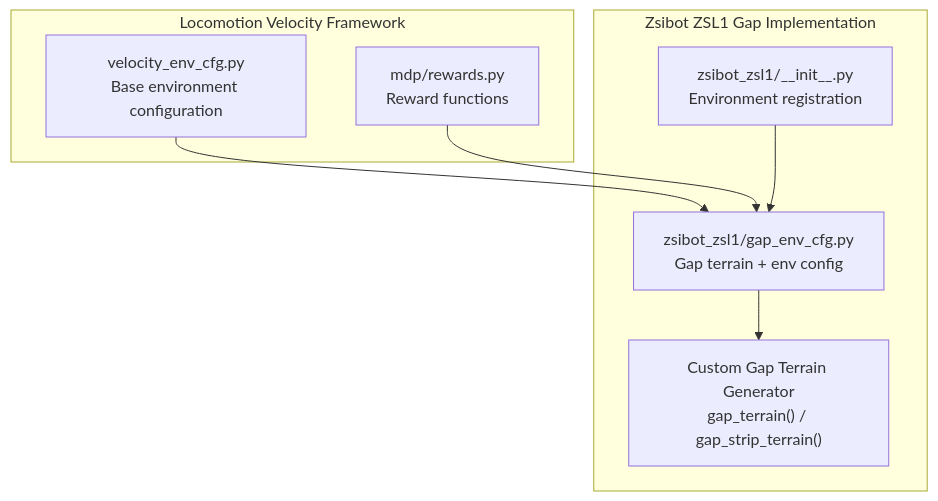
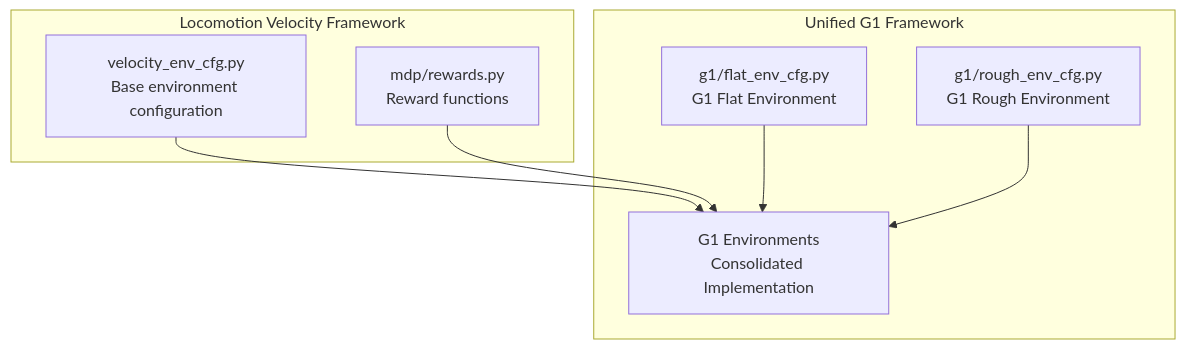
The first of 6 diagrams in .qoder/repowiki/en/content/Task Configuration Framework/Velocity-Based Locomotion Tasks/Gap Traversal Capabilities.md (jayjayhust/robot_lab), drawn with Mermaid before and after one commit. The commit also changed other lines of this file and 14 other files, not shown here.

````diff
--- a/.qoder/repowiki/en/content/Task Configuration Framework/Velocity-Based Locomotion Tasks/Gap Traversal Capabilities.md
+++ b/.qoder/repowiki/en/content/Task Configuration Framework/Velocity-Based Locomotion Tasks/Gap Traversal Capabilities.md
@@ -35,16 +46,16 @@
 ```mermaid
 graph TB
 subgraph "Locomotion Velocity Framework"
 VE_CFG["velocity_env_cfg.py<br/>Base environment configuration"]
 MDP_REWARDS["mdp/rewards.py<br/>Reward functions"]
 end
-subgraph "Zsibot ZSL1 Gap Implementation"
-ZS_INIT["zsibot_zsl1/__init__.py<br/>Environment registration"]
-ZS_GAP_CFG["zsibot_zsl1/gap_env_cfg.py<br/>Gap terrain + env config"]
-GAP_TERRAIN["Custom Gap Terrain Generator<br/>gap_terrain() / gap_strip_terrain()"]
+subgraph "Unified G1 Framework"
+G1_FLAT["g1/flat_env_cfg.py<br/>G1 Flat Environment"]
+G1_ROUGH["g1/rough_env_cfg.py<br/>G1 Rough Environment"]
+G1_ENVIRONMENTS["G1 Environments<br/>Consolidated Implementation"]
 end
-VE_CFG --> ZS_GAP_CFG
-MDP_REWARDS --> ZS_GAP_CFG
-ZS_INIT --> ZS_GAP_CFG
-ZS_GAP_CFG --> GAP_TERRAIN
+VE_CFG --> G1_ENVIRONMENTS
+MDP_REWARDS --> G1_ENVIRONMENTS
+G1_FLAT --> G1_ENVIRONMENTS
+G1_ROUGH --> G1_ENVIRONMENTS
 ```
````
